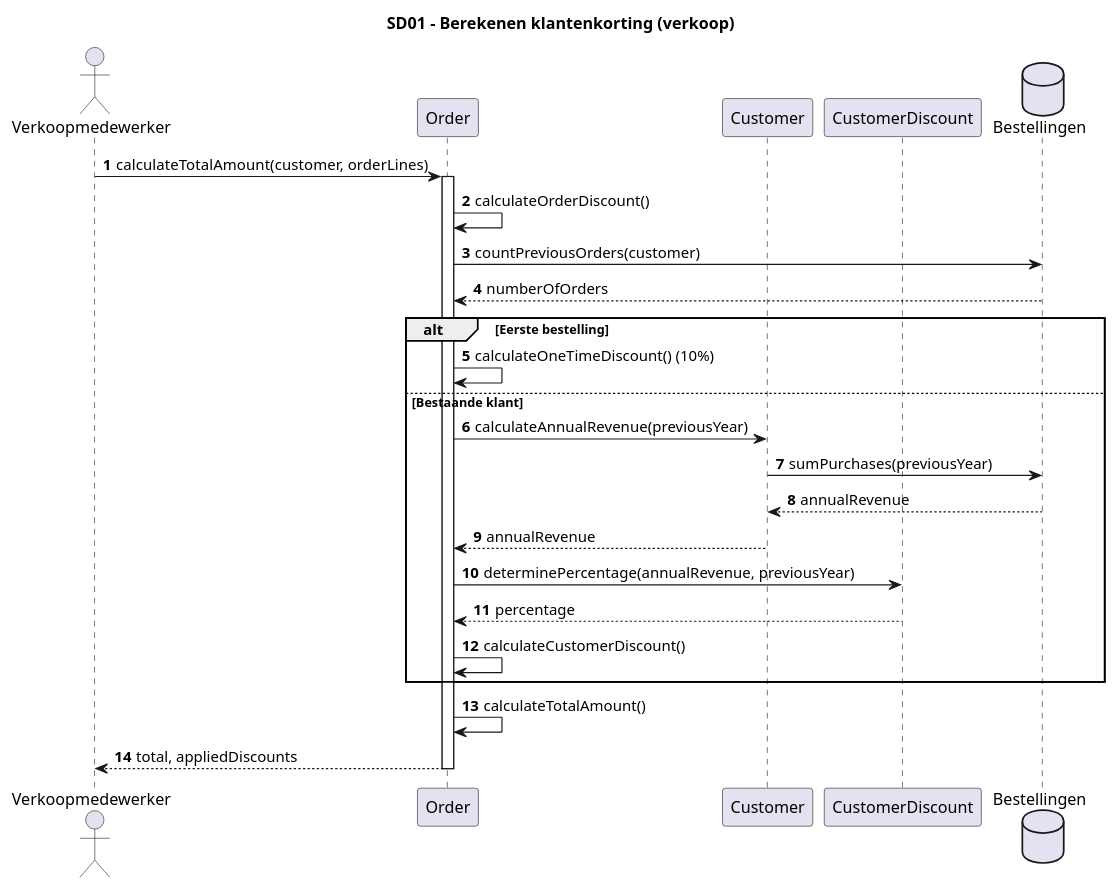
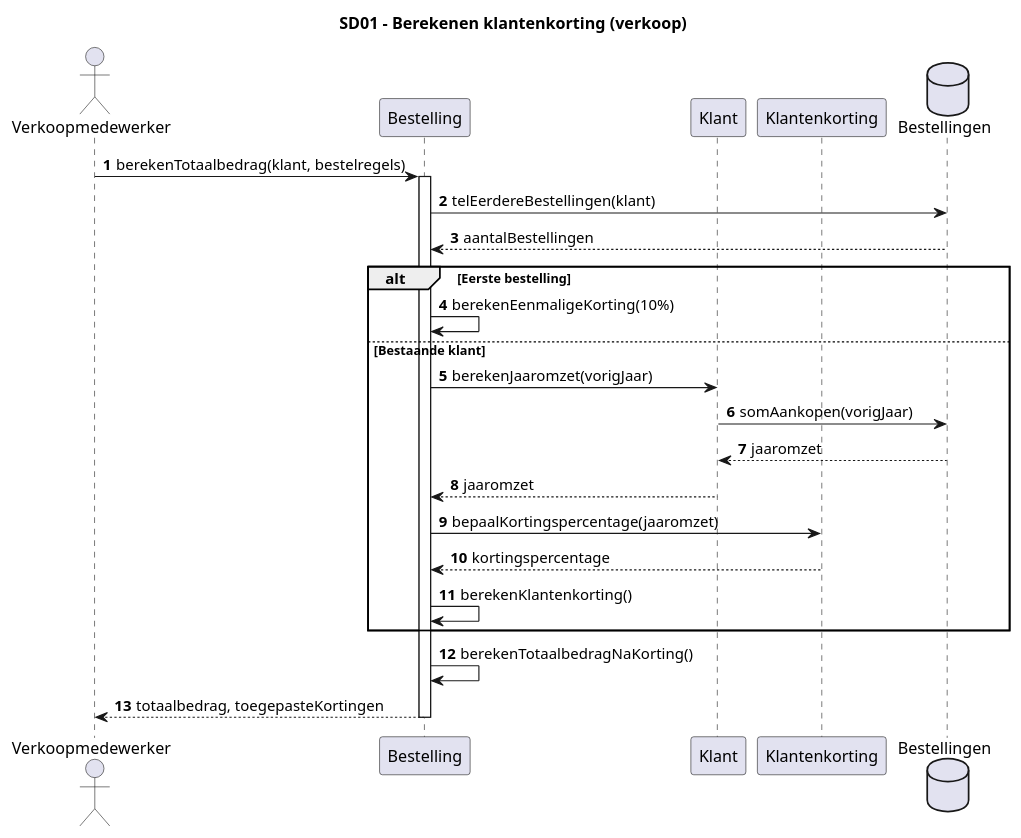
One commit to ViktorQorri/Project-Timaflu changed the diagram in Documentation/Architecture/uml/src/sequence_diagrams/SD01_Klantenkorting.puml. Above: the diagram before and after it, drawn with PlantUML. The commit also changed 9 other files, not shown here.

Commit message:
Fix sequence diagram review comments and regenerate SVGs

```diff
--- a/Documentation/Architecture/uml/src/sequence_diagrams/SD01_Klantenkorting.puml
+++ b/Documentation/Architecture/uml/src/sequence_diagrams/SD01_Klantenkorting.puml
@@ -1,28 +1,28 @@
 @startuml
 title SD01 - Berekenen klantenkorting (verkoop)
 autonumber
 actor "Verkoopmedewerker" as V
-participant "Order" as O
-participant "Customer" as K
-participant "CustomerDiscount" as D
+participant "Bestelling" as O
+participant "Klant" as K
+participant "Klantenkorting" as D
 database "Bestellingen" as DB
-V -> O: calculateTotalAmount(customer, orderLines)
+
+V -> O: berekenTotaalbedrag(klant, bestelregels)
 activate O
-O -> O: calculateOrderDiscount()
-O -> DB: countPreviousOrders(customer)
-DB --> O: numberOfOrders
+O -> DB: telEerdereBestellingen(klant)
+DB --> O: aantalBestellingen
 alt Eerste bestelling
-  O -> O: calculateOneTimeDiscount() (10%)
+  O -> O: berekenEenmaligeKorting(10%)
 else Bestaande klant
-  O -> K: calculateAnnualRevenue(previousYear)
-  K -> DB: sumPurchases(previousYear)
-  DB --> K: annualRevenue
-  K --> O: annualRevenue
-  O -> D: determinePercentage(annualRevenue, previousYear)
-  D --> O: percentage
-  O -> O: calculateCustomerDiscount()
+  O -> K: berekenJaaromzet(vorigJaar)
+  K -> DB: somAankopen(vorigJaar)
+  DB --> K: jaaromzet
+  K --> O: jaaromzet
+  O -> D: bepaalKortingspercentage(jaaromzet)
+  D --> O: kortingspercentage
+  O -> O: berekenKlantenkorting()
 end
-O -> O: calculateTotalAmount()
-O --> V: total, appliedDiscounts
+O -> O: berekenTotaalbedragNaKorting()
+O --> V: totaalbedrag, toegepasteKortingen
 deactivate O
 @enduml
```
